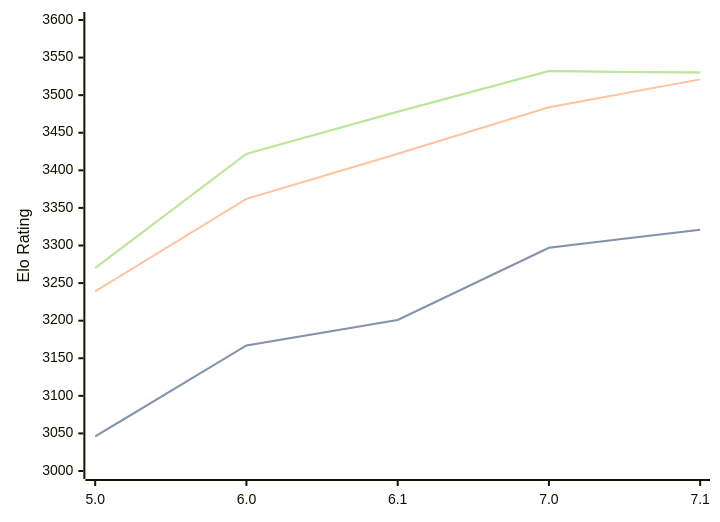
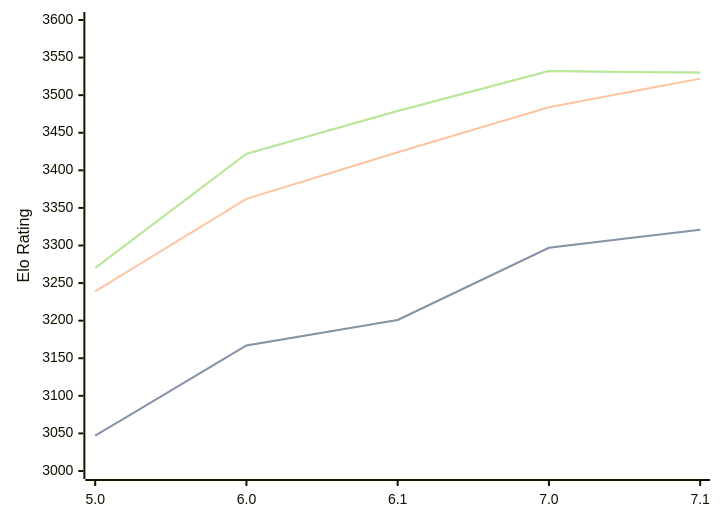
One commit to computer-chess-index/cci changed the diagram in engines/PZChessBot.md. Above: the diagram before and after it, drawn with Mermaid. The commit also changed other lines of this file, not shown here.

Commit message:
Update CCI Ratings (ELO VLTC) - 2026-08-30

````diff
--- a/engines/PZChessBot.md
+++ b/engines/PZChessBot.md
@@ -35,11 +35,11 @@
 ```mermaid
 %%{init: {"theme":"base","themeVariables":{"seriesColors:['#a3a3a3','#222221','#faa371']}}}%%
 xychart-beta
   x-axis ["5.0", "6.0", "6.1", "7.0", "7.1"]
   y-axis "Elo Rating" 3000 --> 3600
-  line "" [3046, 3167, 3201, 3297, 3321]
-  line "STC (8.0+0.08s)" [3046, 3167, 3201, 3297, 3321]
-  line "LTC (60.0+0.60s)" [3239, 3362, 3422, 3484, 3521]
-  line "" [3270, 3422, 3478, 3532, 3530]
-  line "VLTC (2m24s+1.12s)" [3270, 3422, 3478, 3532, 3530]
+  line "" [3047, 3167, 3201, 3297, 3321]
+  line "STC (8.0+0.08s)" [3047, 3167, 3201, 3297, 3321]
+  line "LTC (60.0+0.60s)" [3239, 3362, 3424, 3484, 3522]
+  line "" [3270, 3422, 3479, 3532, 3530]
+  line "VLTC (2m24s+1.12s)" [3270, 3422, 3479, 3532, 3530]
 ```
````
